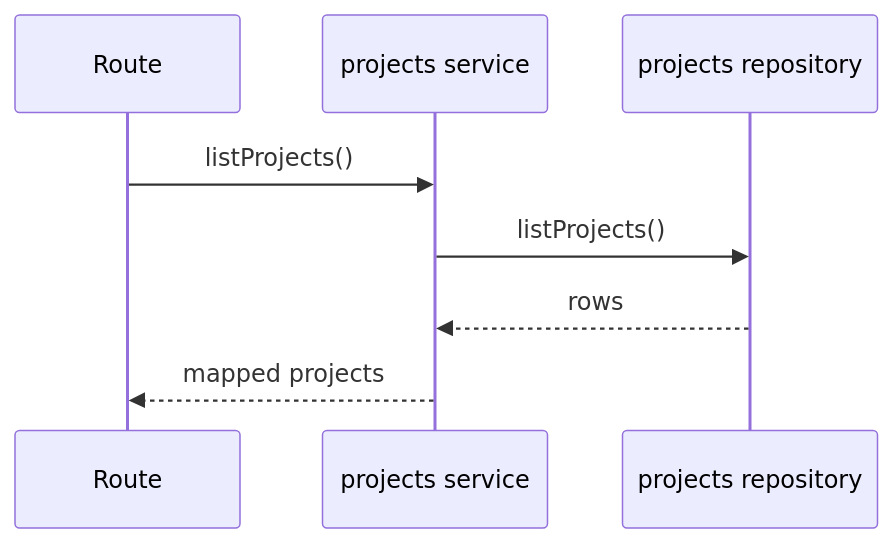
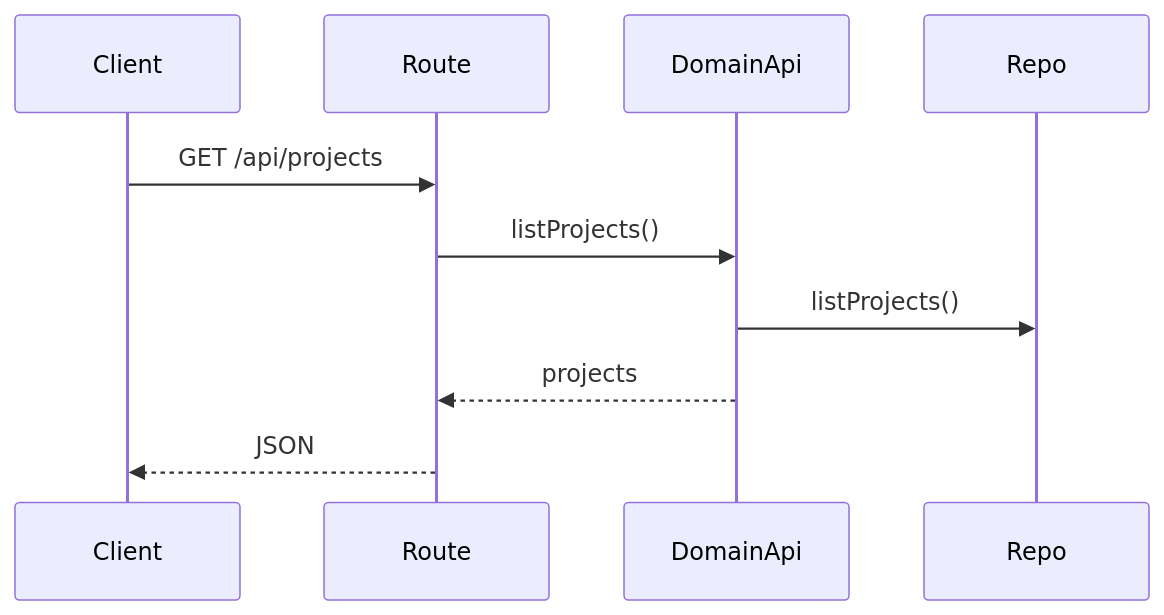
The first of 5 diagrams in src/backend/domains/projects/README.md (TurtleStoffel/tektite-console), drawn with Mermaid before and after one commit. The commit also changed other lines of this file and 30 other files, not shown here.

Commit message:
split domainApi from service

````diff
--- a/src/backend/domains/projects/README.md
+++ b/src/backend/domains/projects/README.md
@@ -9,10 +12,12 @@
 ```mermaid
 sequenceDiagram
+    participant Client
     participant Route
-    participant Service as projects service
-    participant Repo as projects repository
-    Route->>Service: listProjects()
-    Service->>Repo: listProjects()
-    Repo-->>Service: rows
-    Service-->>Route: mapped projects
+    participant DomainApi
+    participant Repo
+    Client->>Route: GET /api/projects
+    Route->>DomainApi: listProjects()
+    DomainApi->>Repo: listProjects()
+    DomainApi-->>Route: projects
+    Route-->>Client: JSON
 ```
````
